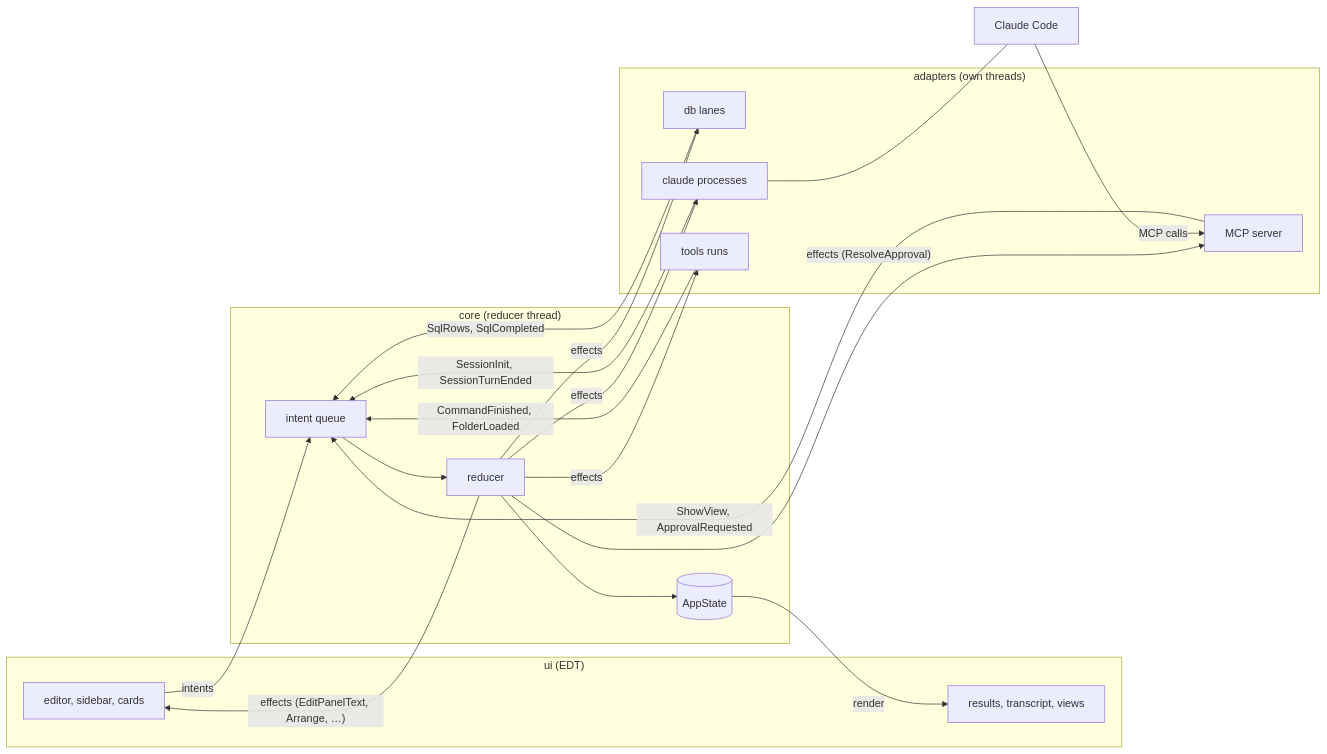
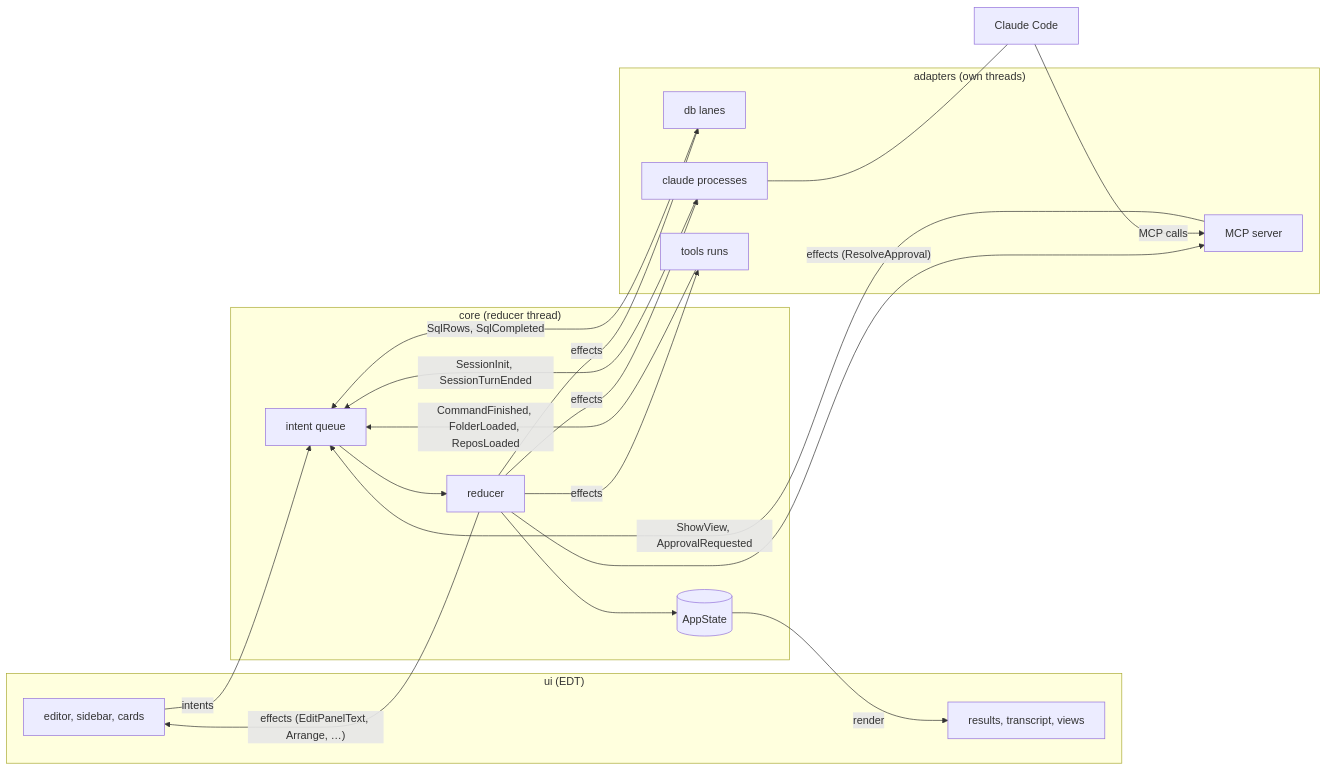
The diagram in docs/architecture.md (marregui/comando), drawn with Mermaid before and after one commit. The commit also changed other lines of this file and 82 other files, not shown here.

````diff
--- a/docs/architecture.md
+++ b/docs/architecture.md
@@ -53,29 +53,29 @@
 ```mermaid
 flowchart LR
   subgraph UI["ui (EDT)"]
     ED["editor, sidebar, cards"]
     VW["results, transcript, views"]
   end
   subgraph CORE["core (reducer thread)"]
     Q["intent queue"] --> R["reducer"] --> S[("AppState")]
   end
   subgraph ADP["adapters (own threads)"]
     DBA["db lanes"]
     CL["claude processes"]
     MC["MCP server"]
     TL["tools runs"]
   end
   ED -->|intents| Q
   S -->|render| VW
   R -->|effects| DBA
   R -->|effects| CL
   R -->|effects| TL
   R -->|"effects (ResolveApproval)"| MC
   R -->|"effects (EditPanelText, Arrange, …)"| ED
   DBA -->|"SqlRows, SqlCompleted"| Q
   CL -->|"SessionInit, SessionTurnEnded"| Q
   CC["Claude Code"] -->|"MCP calls"| MC
   CL --- CC
   MC -->|"ShowView, ApprovalRequested"| Q
-  TL -->|"CommandFinished, FolderLoaded"| Q
+  TL -->|"CommandFinished, FolderLoaded, ReposLoaded"| Q
 ```
````
